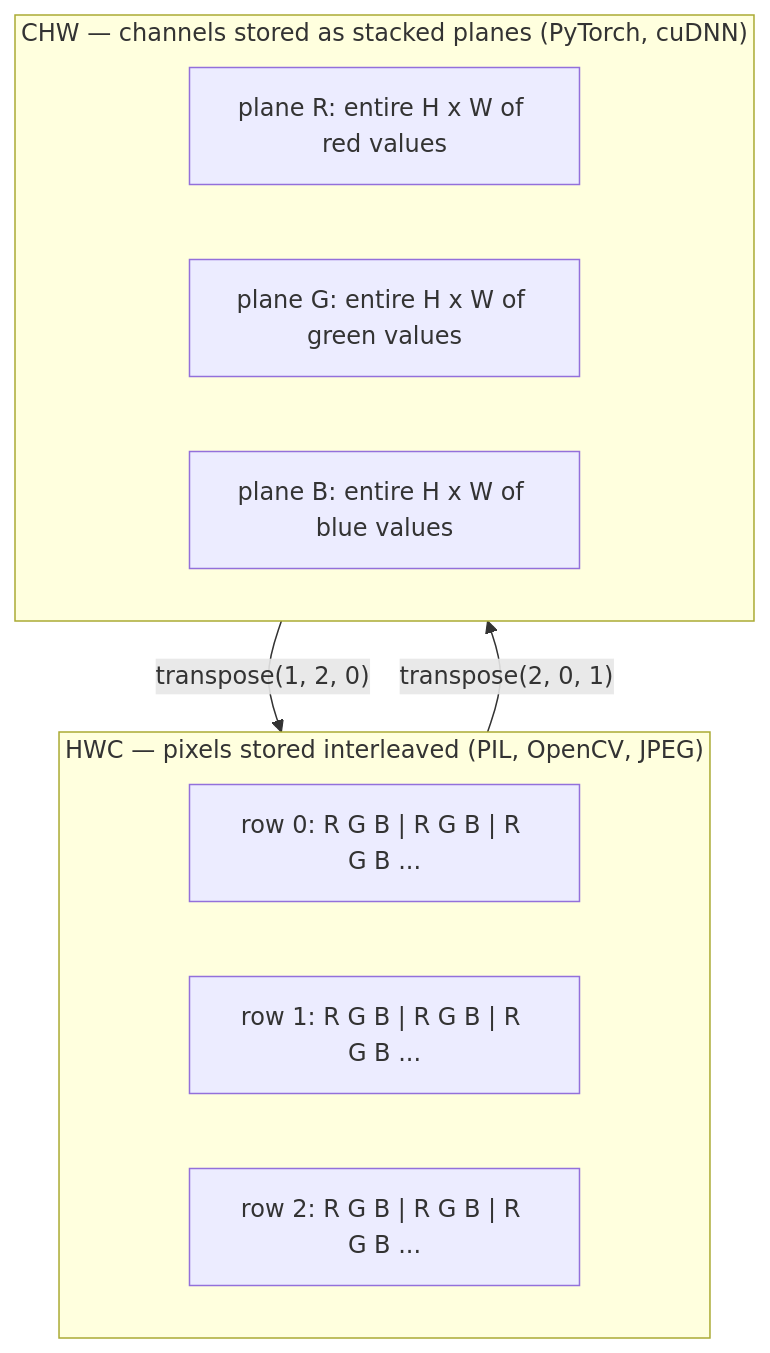
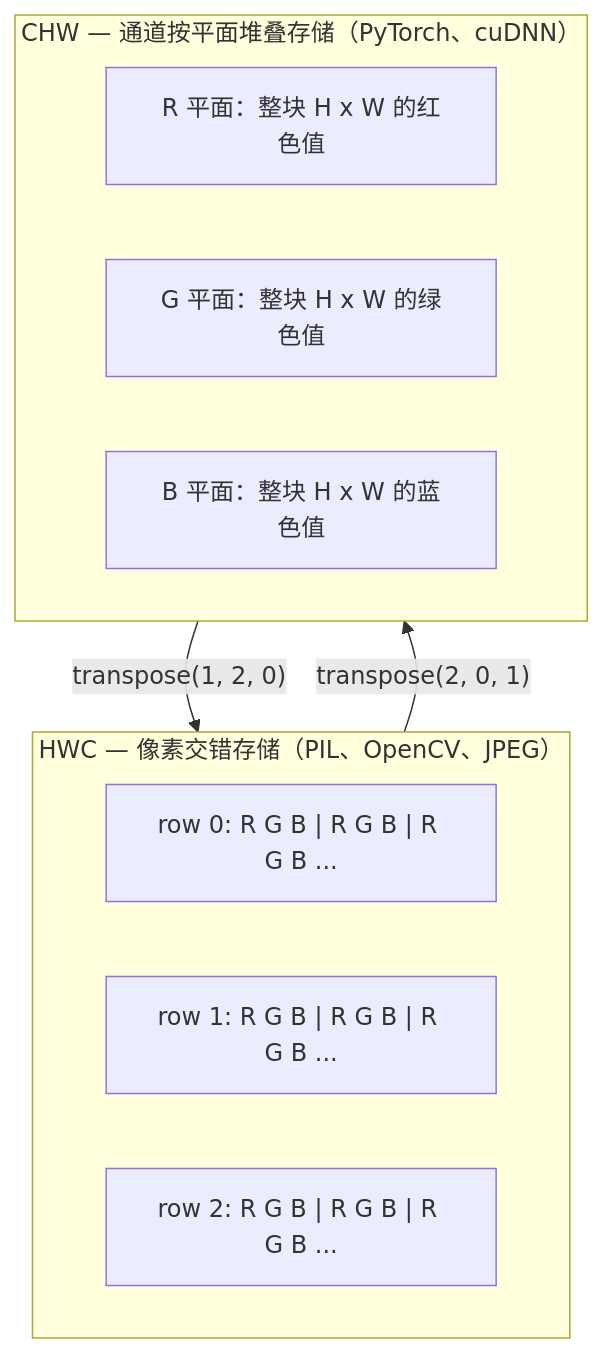
One commit to omigaZen/ai-engineering-from-scratch changed the second of 2 diagrams in phases/04-computer-vision/01-image-fundamentals/docs/zh.md. Above: the diagram before and after it, drawn with Mermaid.

Commit message:
feat(phase-04/01): refine zh image fundamentals wording

````diff
--- a/phases/04-computer-vision/01-image-fundamentals/docs/zh.md
+++ b/phases/04-computer-vision/01-image-fundamentals/docs/zh.md
@@ -121,15 +121,15 @@
 ```mermaid
 flowchart TB
-    subgraph HWC["HWC — pixels stored interleaved (PIL, OpenCV, JPEG)"]
+    subgraph HWC["HWC — 像素交错存储（PIL、OpenCV、JPEG）"]
         H1["row 0: R G B | R G B | R G B ..."]
         H2["row 1: R G B | R G B | R G B ..."]
         H3["row 2: R G B | R G B | R G B ..."]
     end
-    subgraph CHW["CHW — channels stored as stacked planes (PyTorch, cuDNN)"]
-        C1["plane R: entire H x W of red values"]
-        C2["plane G: entire H x W of green values"]
-        C3["plane B: entire H x W of blue values"]
+    subgraph CHW["CHW — 通道按平面堆叠存储（PyTorch、cuDNN）"]
+        C1["R 平面：整块 H x W 的红色值"]
+        C2["G 平面：整块 H x W 的绿色值"]
+        C3["B 平面：整块 H x W 的蓝色值"]
     end
     HWC -->|"transpose(2, 0, 1)"| CHW
     CHW -->|"transpose(1, 2, 0)"| HWC
 ```
````
